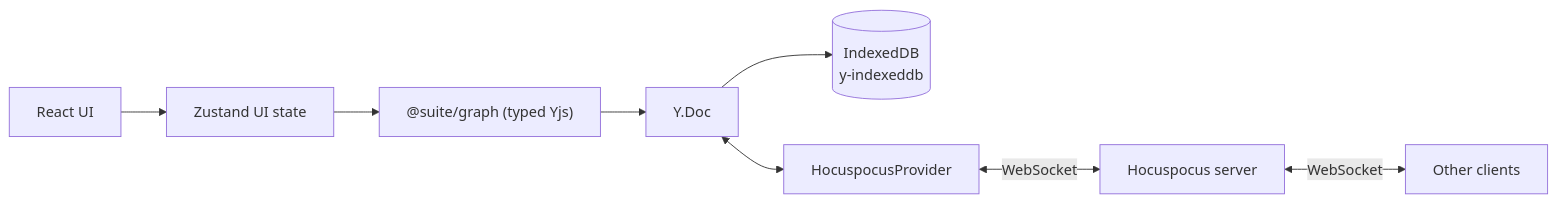
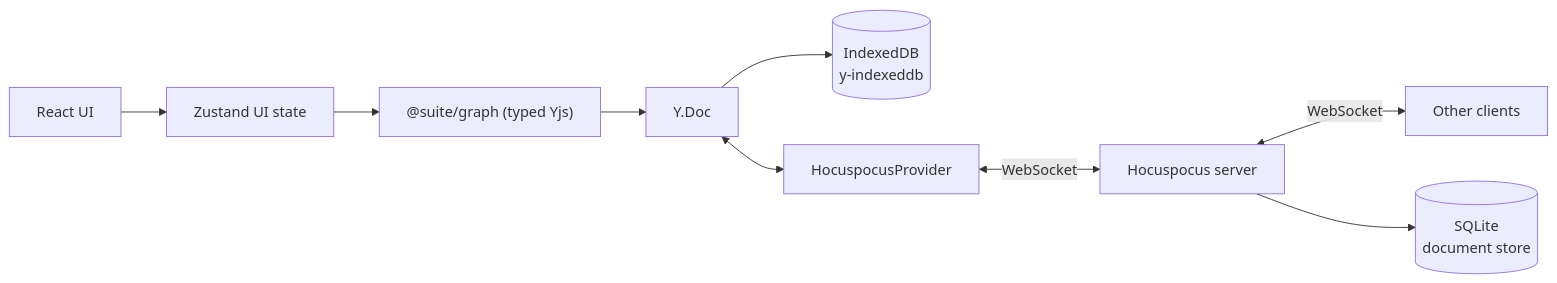
One commit to mr-rogers-neighborhood/suite-canvas changed the diagram in docs/architecture.md. Above: the diagram before and after it, drawn with Mermaid. The commit also changed other lines of this file and 10 other files, not shown here.

First line of the commit message:
feat(server): persist documents to SQLite and gate startup on sync

````diff
--- a/docs/architecture.md
+++ b/docs/architecture.md
@@ -20,10 +20,11 @@
 ```mermaid
 flowchart LR
   UI[React UI] --> Store[Zustand UI state]
   Store --> Graph["@suite/graph (typed Yjs)"]
   Graph --> Doc[Y.Doc]
   Doc --> IDB[(IndexedDB<br/>y-indexeddb)]
   Doc <--> HP[HocuspocusProvider]
   HP <-->|WebSocket| Server[Hocuspocus server]
   Server <-->|WebSocket| Others[Other clients]
+  Server --> DB[(SQLite<br/>document store)]
 ```
````
